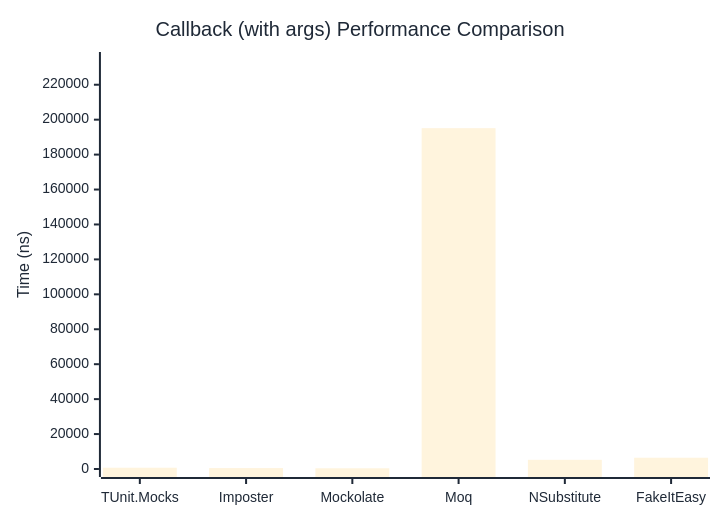
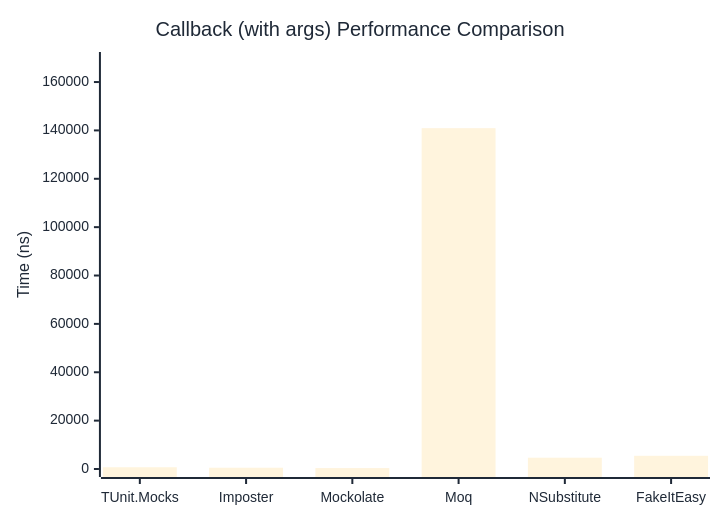
The second of 2 diagrams in docs/docs/benchmarks/mocks/Callback.md (thomhurst/TUnit), drawn with Mermaid before and after one commit. The commit also changed other lines of this file and 14 other files, not shown here.

````diff
--- a/docs/docs/benchmarks/mocks/Callback.md
+++ b/docs/docs/benchmarks/mocks/Callback.md
@@ -69,27 +69,27 @@
 ```mermaid
 %%{init: {
   'theme':'base',
   'themeVariables': {
     'primaryColor': '#2563eb',
     'primaryTextColor': '#1f2937',
     'primaryBorderColor': '#1e40af',
     'lineColor': '#6b7280',
     'secondaryColor': '#7c3aed',
     'tertiaryColor': '#dc2626',
     'background': '#ffffff',
     'pie1': '#2563eb',
     'pie2': '#7c3aed',
     'pie3': '#dc2626',
     'pie4': '#f59e0b',
     'pie5': '#10b981',
     'pie6': '#06b6d4',
     'pie7': '#ec4899',
     'pie8': '#6366f1'
   }
 }}%%
 xychart-beta
   title "Callback (with args) Performance Comparison"
   x-axis ["TUnit.Mocks", "Imposter", "Mockolate", "Moq", "NSubstitute", "FakeItEasy"]
-  y-axis "Time (ns)" 0 --> 234160
-  bar [724.4, 529.3, 420.5, 195133, 5264, 6459.2]
+  y-axis "Time (ns)" 0 --> 169113
+  bar [722.4, 529.3, 386.4, 140927, 4668.3, 5463.7]
 ```
````
